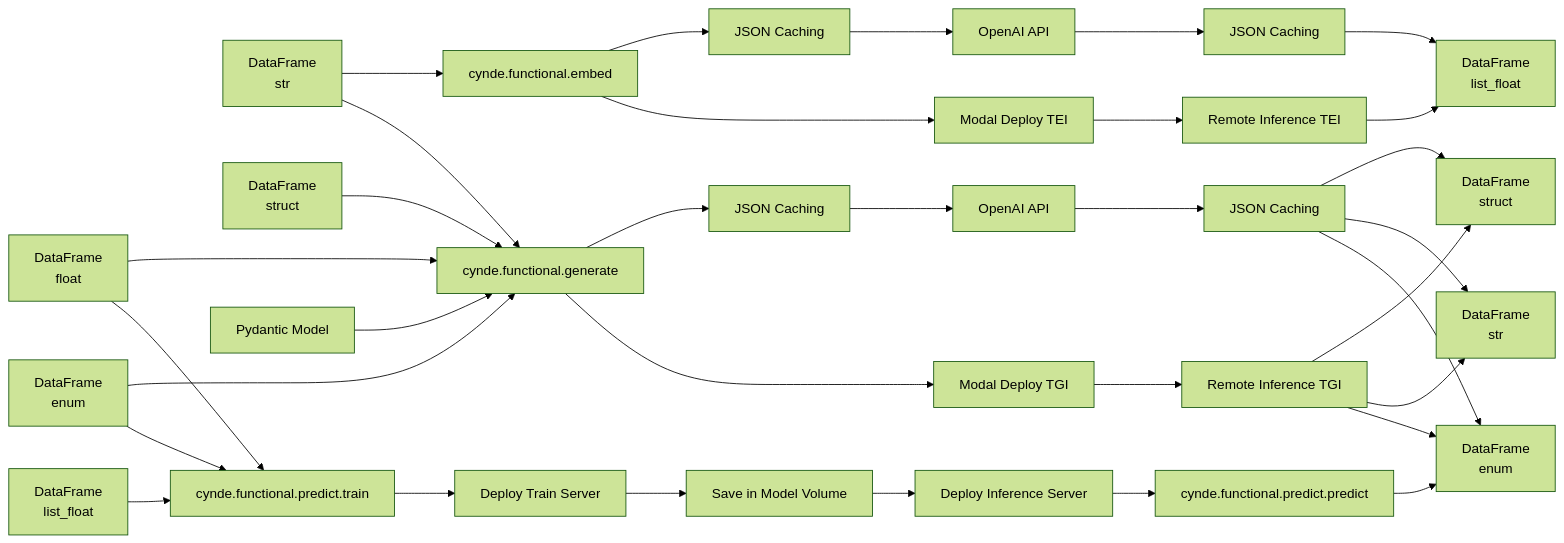
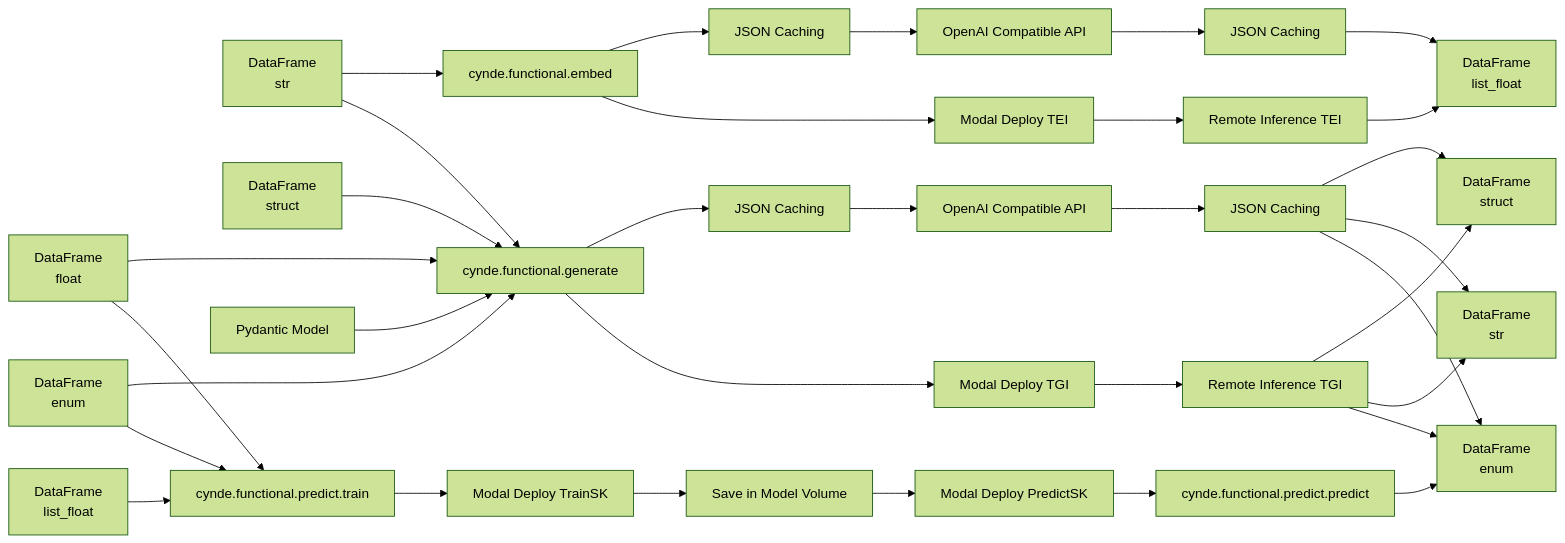
The diagram in drawings.md (Neural-Dragon-AI/Cynde), drawn with Mermaid (forest theme) before and after one commit.

````diff
--- a/drawings.md
+++ b/drawings.md
@@ -3,39 +3,39 @@
 ```mermaid
 graph LR
     A[DataFrame<br>str] --> B[cynde.functional.embed]
     A --> C[cynde.functional.generate]
     D[DataFrame<br>float] --> C
     E[DataFrame<br>enum] --> C
     T[DataFrame<br>struct] --> C
-    D --> F[cynde.functional.predict.train]
-    E --> F
+    E --> F[cynde.functional.predict.train]
+    D --> F
     G[DataFrame<br>list_float] --> F
 
     H[Pydantic Model] --> C
 
     B --> I[JSON Caching]
     B --> J[Modal Deploy TEI]
-    I --> K[OpenAI API]
+    I --> K[OpenAI Compatible API]
     J --> L[Remote Inference TEI]
     K --> M[JSON Caching]
     L --> N[DataFrame<br>list_float]
     M --> N
 
     C --> O[JSON Caching]
     C --> P[Modal Deploy TGI]
-    O --> Q[OpenAI API]
+    O --> Q[OpenAI Compatible API]
     P --> R[Remote Inference TGI]
     Q --> S[JSON Caching]
     R --> T2[DataFrame<br>struct]
     R --> A2[DataFrame<br>str]
     R --> E2[DataFrame<br>enum]
     S --> T2
     S --> A2
     S --> E2
 
-    F --> U[Deploy Train Server]
+    F --> U[Modal Deploy TrainSK]
     U --> V[Save in Model Volume]
-    V --> W[Deploy Inference Server]
+    V --> W[Modal Deploy PredictSK]
     W --> X[cynde.functional.predict.predict]
     X --> E2
 ```
````
